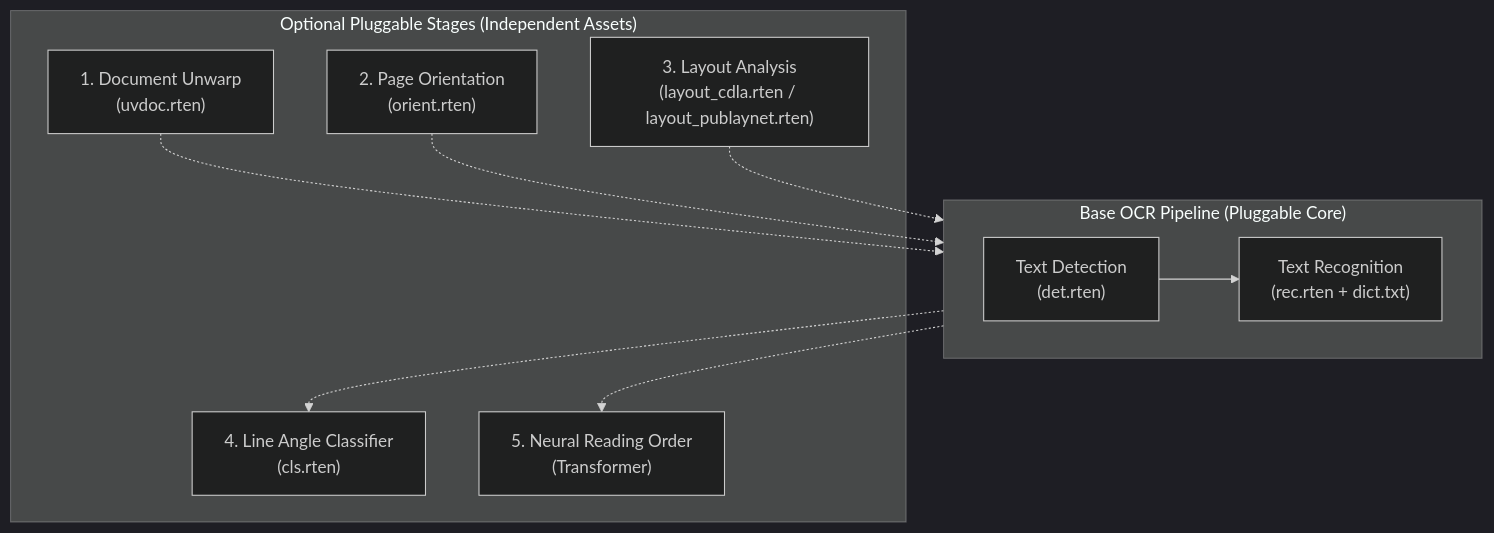
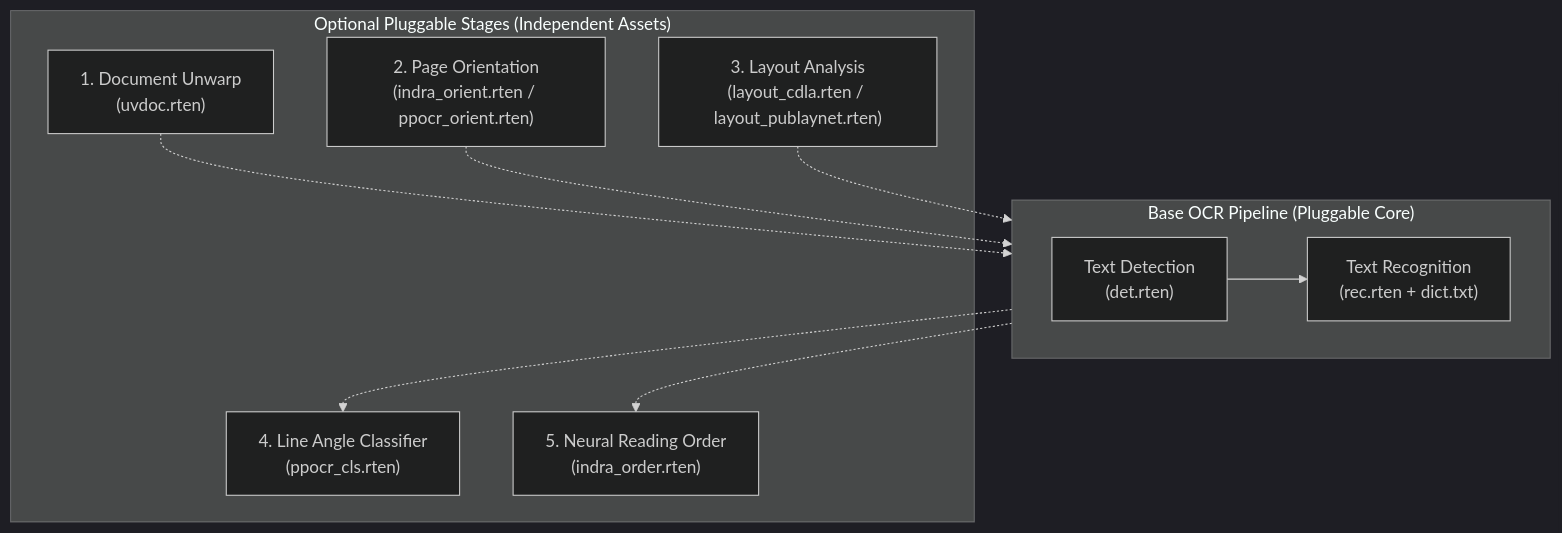
The first of 2 diagrams in docs/content/en/03.advance-guide/01.models-and-tiers.md (byrizki/rusto-rs), drawn with Mermaid (dark theme) before and after one commit. The commit also changed other lines of this file and 8 other files, not shown here.

Commit message:
docs: separate base vs multilingual models, standardize indra_order.rten, and report int8 benchmark

````diff
--- a/docs/content/en/03.advance-guide/01.models-and-tiers.md
+++ b/docs/content/en/03.advance-guide/01.models-and-tiers.md
@@ -36,20 +41,20 @@
 ```mermaid
 flowchart TD
     subgraph BASE["Base OCR Pipeline (Pluggable Core)"]
         DET["Text Detection<br/>(det.rten)"] --> REC["Text Recognition<br/>(rec.rten + dict.txt)"]
     end
 
     subgraph EXTRAS["Optional Pluggable Stages (Independent Assets)"]
         UNWARP["1. Document Unwarp<br/>(uvdoc.rten)"]
-        ORIENT["2. Page Orientation<br/>(orient.rten)"]
+        ORIENT["2. Page Orientation<br/>(indra_orient.rten / ppocr_orient.rten)"]
         LAYOUT["3. Layout Analysis<br/>(layout_cdla.rten / layout_publaynet.rten)"]
-        CLS["4. Line Angle Classifier<br/>(cls.rten)"]
-        ORDER["5. Neural Reading Order<br/>(Transformer)"]
+        CLS["4. Line Angle Classifier<br/>(ppocr_cls.rten)"]
+        ORDER["5. Neural Reading Order<br/>(indra_order.rten)"]
     end
 
     UNWARP -.-> BASE
     ORIENT -.-> BASE
     LAYOUT -.-> BASE
     BASE -.-> CLS
     BASE -.-> ORDER
 ```
````
